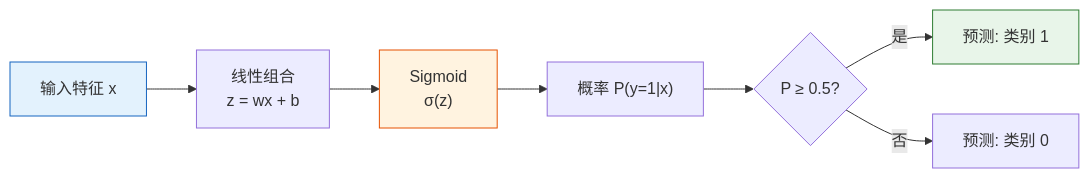
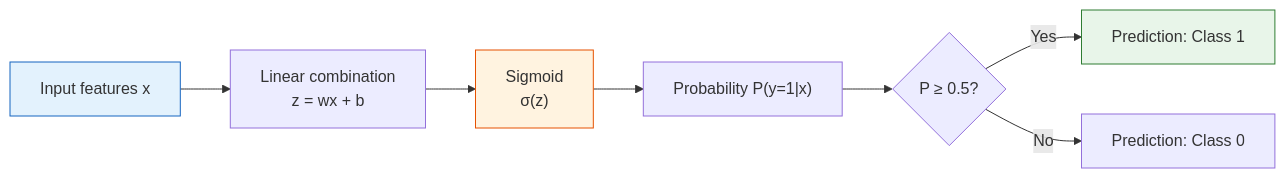
One commit to oudbiao/AI-fullstack-course changed the first of 2 diagrams in docs/ch05-machine-learning/ch02-supervised/02-logistic-regression.md. Above: the diagram before and after it, drawn with Mermaid. The commit also changed other lines of this file and 1406 other files, not shown here.

````diff
--- a/docs/ch05-machine-learning/ch02-supervised/02-logistic-regression.md
+++ b/docs/ch05-machine-learning/ch02-supervised/02-logistic-regression.md
@@ -131,13 +131,13 @@
 ```mermaid
 flowchart LR
-    X["输入特征 x"] --> L["线性组合<br/>z = wx + b"]
+    X["Input features x"] --> L["Linear combination<br/>z = wx + b"]
     L --> S["Sigmoid<br/>σ(z)"]
-    S --> P["概率 P(y=1|x)"]
+    S --> P["Probability P(y=1|x)"]
     P --> C{"P ≥ 0.5?"}
-    C -->|"是"| Y1["预测: 类别 1"]
-    C -->|"否"| Y0["预测: 类别 0"]
+    C -->|"Yes"| Y1["Prediction: Class 1"]
+    C -->|"No"| Y0["Prediction: Class 0"]
 
     style X fill:#e3f2fd,stroke:#1565c0,color:#333
     style S fill:#fff3e0,stroke:#e65100,color:#333
     style Y1 fill:#e8f5e9,stroke:#2e7d32,color:#333
 ```
````
